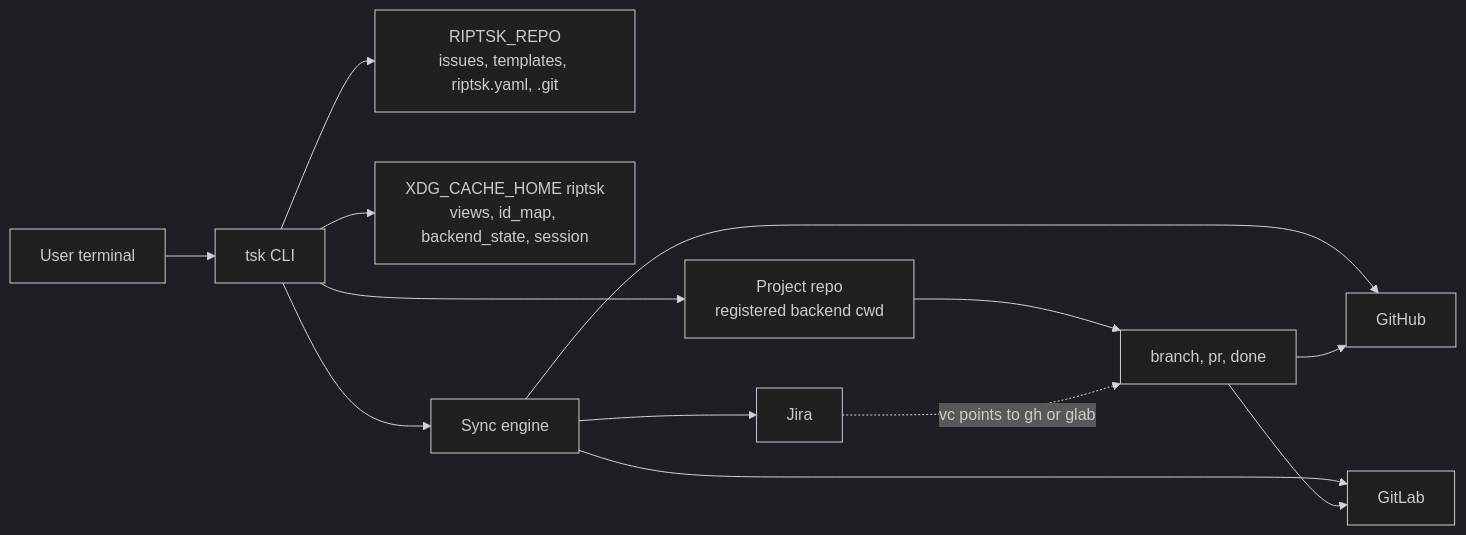
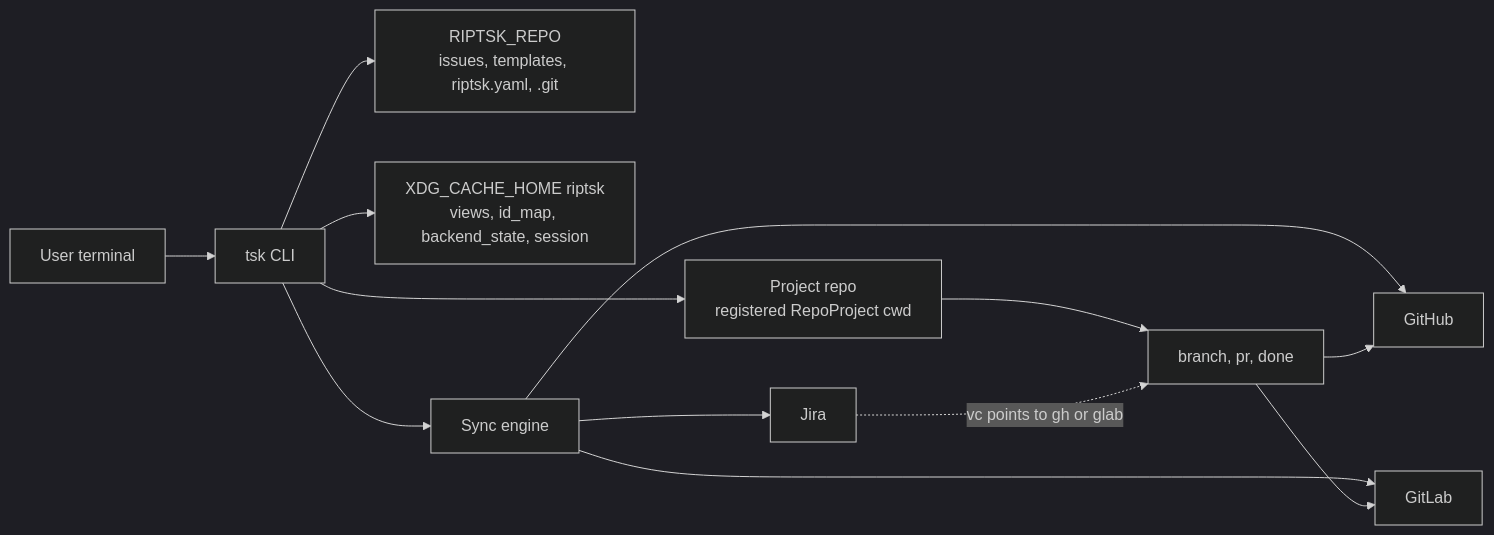
Before and after one commit to gubasso/riptask: the first of 5 diagrams in README.md, drawn with Mermaid (dark theme). The commit also changed other lines of this file and 39 other files, not shown here.

First line of the commit message:
refactor(config/repo-project): split backends, add jira partitioning

````diff
--- a/README.md
+++ b/README.md
@@ -45,15 +45,15 @@
 ```mermaid
 flowchart LR
     User[User terminal] --> CLI[tsk CLI]
     CLI --> Repo[RIPTSK_REPO<br/>issues, templates, riptsk.yaml, .git]
     CLI --> Cache[XDG_CACHE_HOME riptsk<br/>views, id_map, backend_state, session]
-    CLI --> ProjRepo[Project repo<br/>registered backend cwd]
+    CLI --> ProjRepo[Project repo<br/>registered RepoProject cwd]
     CLI --> Sync[Sync engine]
     Sync --> GitHub[GitHub]
     Sync --> GitLab[GitLab]
     Sync --> Jira[Jira]
     ProjRepo --> BranchPR[branch, pr, done]
     BranchPR --> GitHub
     BranchPR --> GitLab
     Jira -. vc points to gh or glab .-> BranchPR
 ```
````
